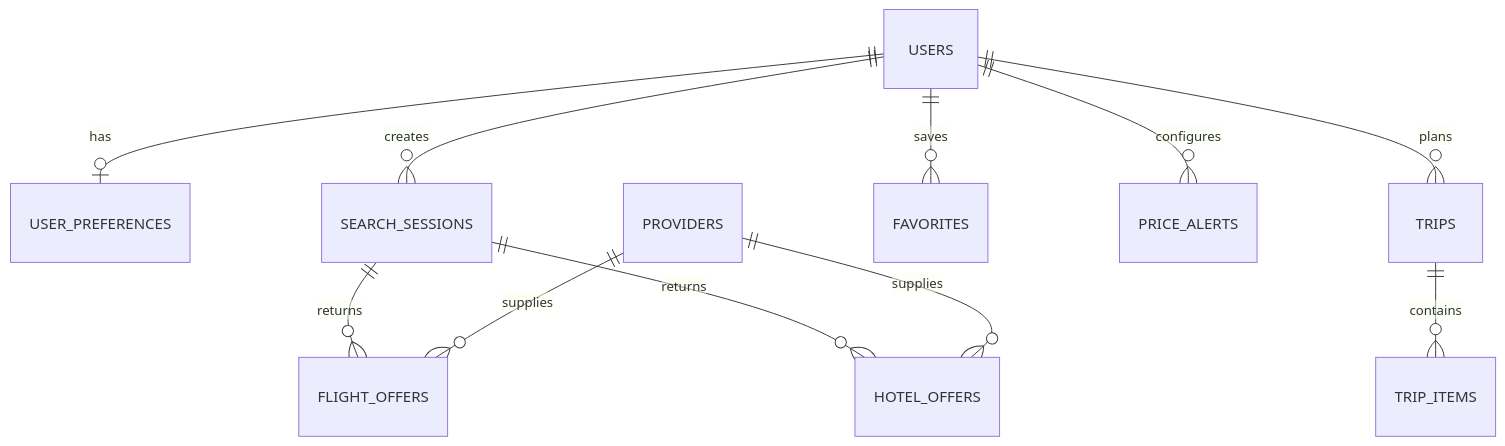
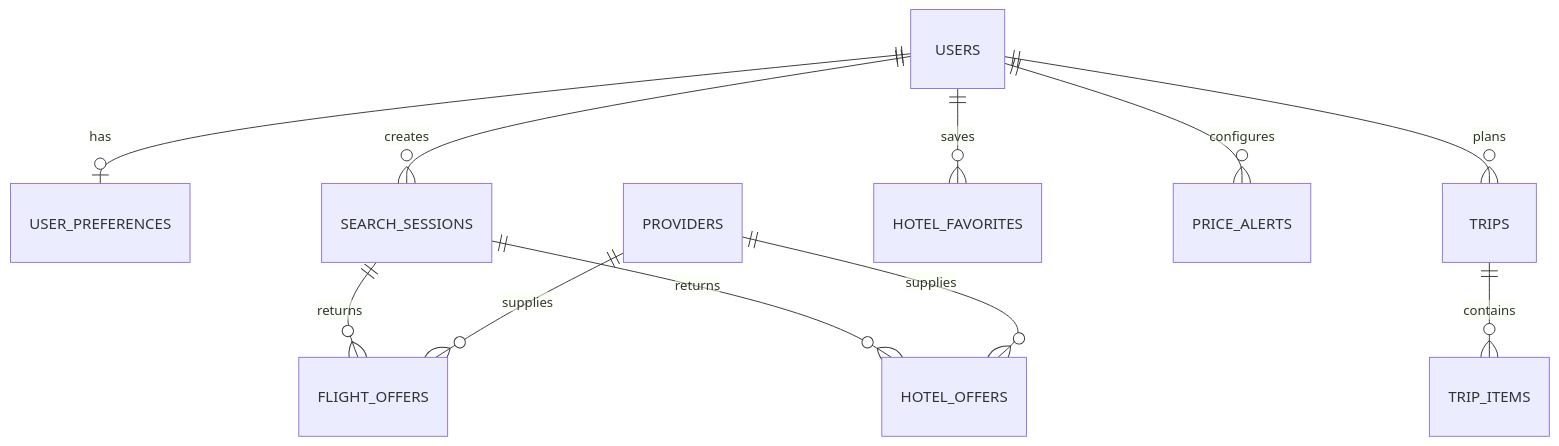
One commit to smpsandro1239/Sky changed the diagram in docs/database/DATABASE.md. Above: the diagram before and after it, drawn with Mermaid. The commit also changed other lines of this file, not shown here.

Commit message:
docs(database): document hotel favorites storage

````diff
--- a/docs/database/DATABASE.md
+++ b/docs/database/DATABASE.md
@@ -34,13 +34,13 @@
 ```mermaid
 erDiagram
   USERS ||--o| USER_PREFERENCES : has
   USERS ||--o{ SEARCH_SESSIONS : creates
   SEARCH_SESSIONS ||--o{ FLIGHT_OFFERS : returns
   SEARCH_SESSIONS ||--o{ HOTEL_OFFERS : returns
   PROVIDERS ||--o{ FLIGHT_OFFERS : supplies
   PROVIDERS ||--o{ HOTEL_OFFERS : supplies
-  USERS ||--o{ FAVORITES : saves
+  USERS ||--o{ HOTEL_FAVORITES : saves
   USERS ||--o{ PRICE_ALERTS : configures
   USERS ||--o{ TRIPS : plans
   TRIPS ||--o{ TRIP_ITEMS : contains
 ```
````
